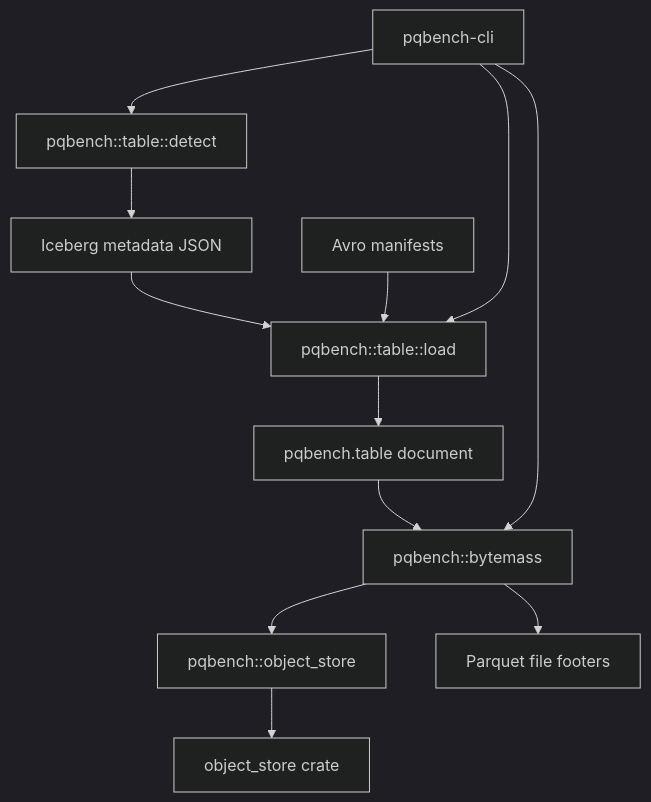
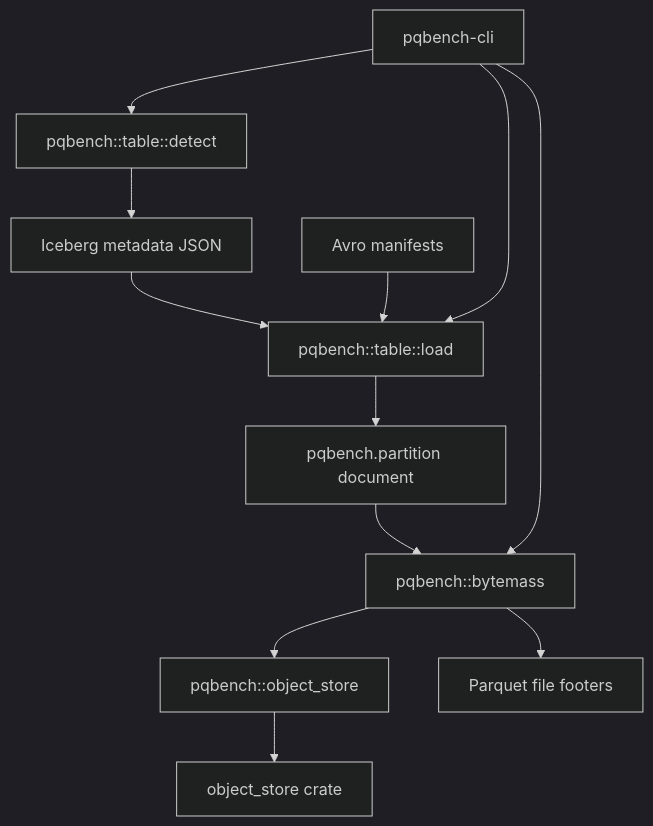
Before and after one commit to pqbench/pqbench: the diagram in docs/iceberg.md, drawn with Mermaid (dark theme). The commit also changed other lines of this file and 108 other files, not shown here.

````diff
--- a/docs/iceberg.md
+++ b/docs/iceberg.md
@@ -9,14 +9,14 @@
 ```mermaid
 flowchart TD
     detect[pqbench::table::detect] --> metadata[Iceberg metadata JSON]
     metadata --> load[pqbench::table::load]
     manifests[Avro manifests] --> load
-    load --> document[pqbench.table document]
+    load --> document[pqbench.partition document]
     document --> bytemass[pqbench::bytemass]
     bytemass --> isolation[pqbench::object_store]
     isolation --> object_store[object_store crate]
     bytemass --> parquet[Parquet file footers]
     pqbench_cli[pqbench-cli] --> detect
     pqbench_cli --> load
     pqbench_cli --> bytemass
 ```
````
